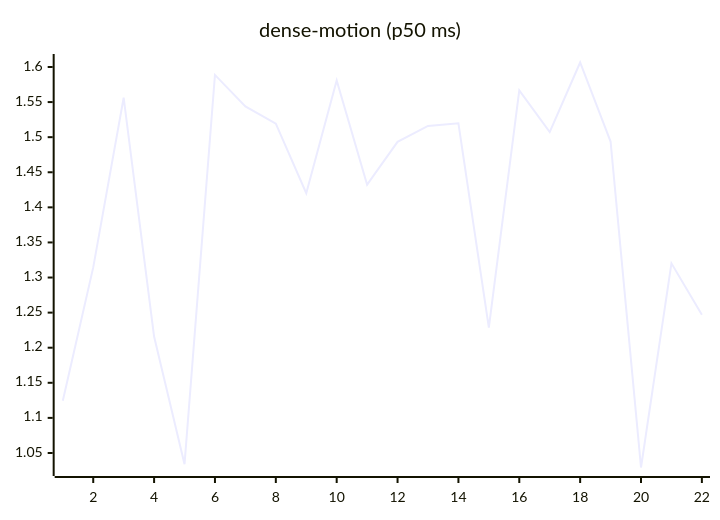
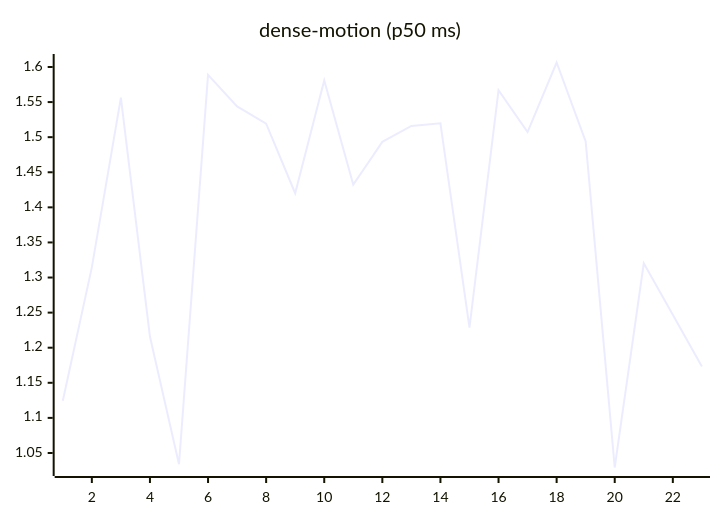
Before and after one commit to josha/Facet: the ninth of 27 diagrams in README.md, drawn with Mermaid. The commit also changed other lines of this file and 2 other files, not shown here.

````diff
--- a/README.md
+++ b/README.md
@@ -119,6 +119,6 @@
 ```mermaid
 xychart-beta
     title "dense-motion (p50 ms)"
-    x-axis 1 --> 22
-    line [1.1243, 1.3144, 1.5562, 1.2159, 1.0340, 1.5887, 1.5438, 1.5193, 1.4201, 1.5809, 1.4323, 1.4933, 1.5160, 1.5198, 1.2285, 1.5668, 1.5073, 1.6064, 1.4938, 1.0293, 1.3202, 1.2469]
+    x-axis 1 --> 23
+    line [1.1243, 1.3144, 1.5562, 1.2159, 1.0340, 1.5887, 1.5438, 1.5193, 1.4201, 1.5809, 1.4323, 1.4933, 1.5160, 1.5198, 1.2285, 1.5668, 1.5073, 1.6064, 1.4938, 1.0293, 1.3202, 1.2469, 1.1733]
 ```
````
